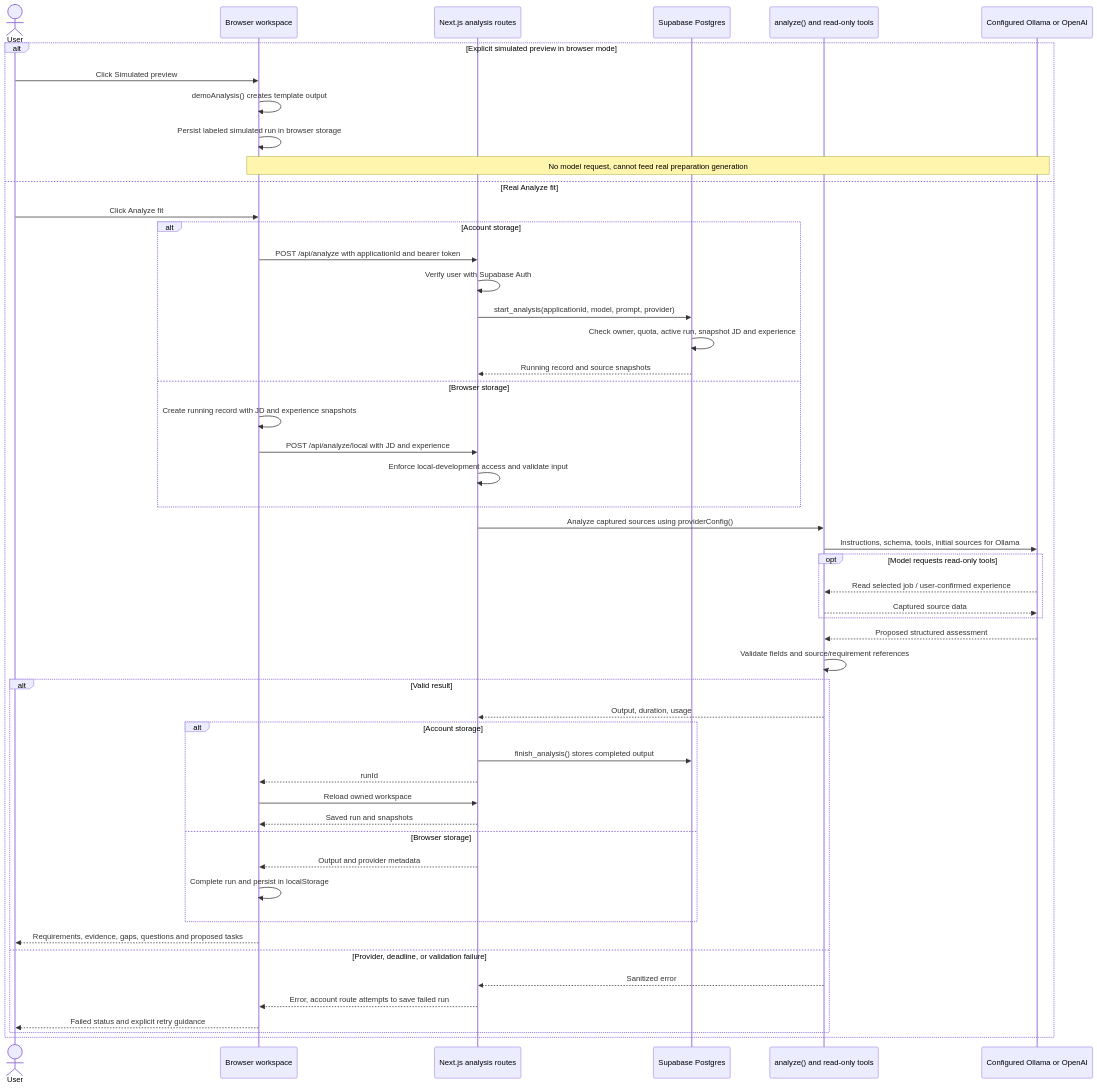
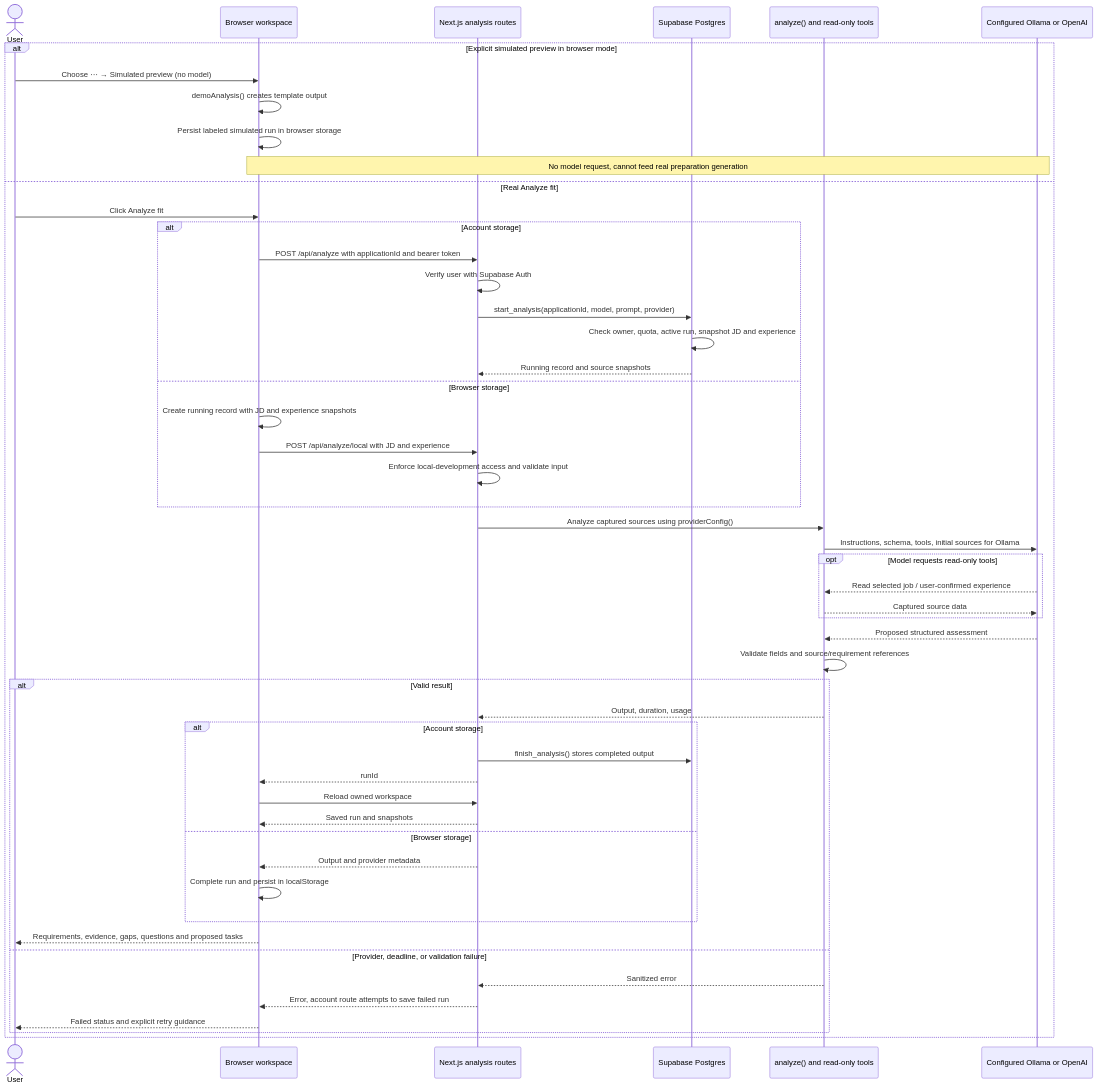
The diagram in docs/architecture/fit-analysis.md (horadam/fieldwork), drawn with Mermaid before and after one commit. The commit also changed other lines of this file and 10 other files, not shown here.

````diff
--- a/docs/architecture/fit-analysis.md
+++ b/docs/architecture/fit-analysis.md
@@ -12,53 +12,53 @@
 ```mermaid
 sequenceDiagram
   actor User
   participant UI as Browser workspace
   participant API as Next.js analysis routes
   participant DB as Supabase Postgres
   participant Agent as analyze() and read-only tools
   participant Model as Configured Ollama or OpenAI
   alt Explicit simulated preview in browser mode
-    User->>UI: Click Simulated preview
+    User->>UI: Choose ⋯ → Simulated preview (no model)
     UI->>UI: demoAnalysis() creates template output
     UI->>UI: Persist labeled simulated run in browser storage
     Note over UI,Model: No model request, cannot feed real preparation generation
   else Real Analyze fit
     User->>UI: Click Analyze fit
     alt Account storage
       UI->>API: POST /api/analyze with applicationId and bearer token
       API->>API: Verify user with Supabase Auth
       API->>DB: start_analysis(applicationId, model, prompt, provider)
       DB->>DB: Check owner, quota, active run, snapshot JD and experience
       DB-->>API: Running record and source snapshots
     else Browser storage
       UI->>UI: Create running record with JD and experience snapshots
       UI->>API: POST /api/analyze/local with JD and experience
       API->>API: Enforce local-development access and validate input
     end
     API->>Agent: Analyze captured sources using providerConfig()
     Agent->>Model: Instructions, schema, tools, initial sources for Ollama
     opt Model requests read-only tools
       Model-->>Agent: Read selected job / user-confirmed experience
       Agent-->>Model: Captured source data
     end
     Model-->>Agent: Proposed structured assessment
     Agent->>Agent: Validate fields and source/requirement references
     alt Valid result
       Agent-->>API: Output, duration, usage
       alt Account storage
         API->>DB: finish_analysis() stores completed output
         API-->>UI: runId
         UI->>API: Reload owned workspace
         API-->>UI: Saved run and snapshots
       else Browser storage
         API-->>UI: Output and provider metadata
         UI->>UI: Complete run and persist in localStorage
       end
       UI-->>User: Requirements, evidence, gaps, questions and proposed tasks
     else Provider, deadline, or validation failure
       Agent-->>API: Sanitized error
       API-->>UI: Error, account route attempts to save failed run
       UI-->>User: Failed status and explicit retry guidance
     end
   end
 ```
````
